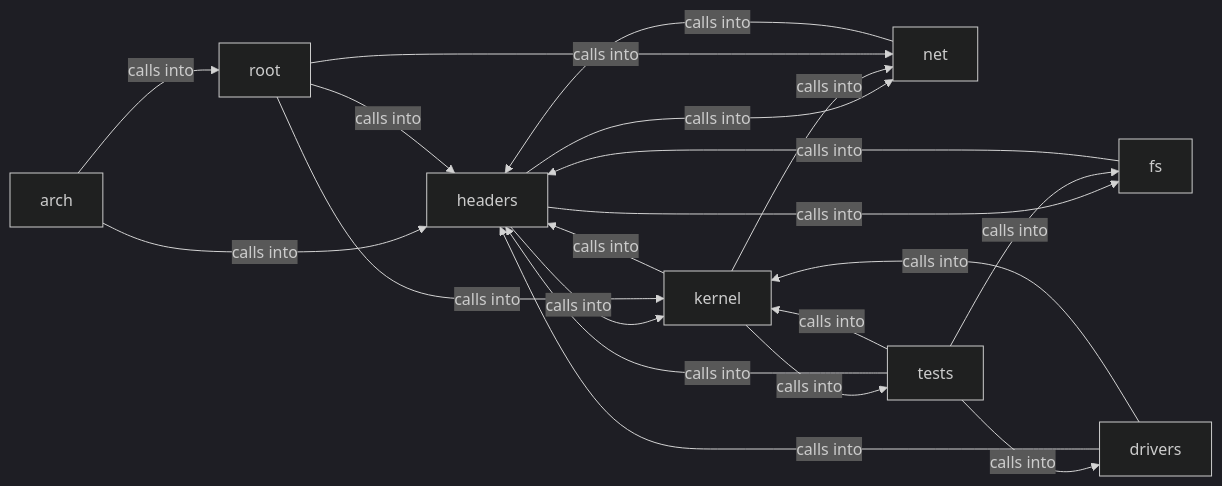
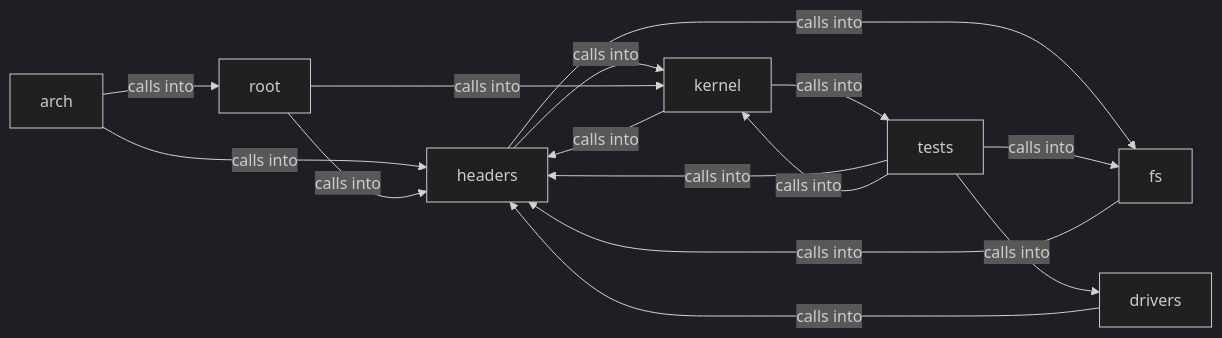
The diagram in readmenator-diagrams/headers_kernel.md (grisuno/miniOS), drawn with Mermaid (dark theme) before and after one commit. The commit also changed other lines of this file and 184 other files, not shown here.

````diff
--- a/readmenator-diagrams/headers_kernel.md
+++ b/readmenator-diagrams/headers_kernel.md
@@ -5,30 +5,24 @@
 ```mermaid
 graph LR
     arch["arch"]
     drivers["drivers"]
     fs["fs"]
     headers["headers"]
     kernel["kernel"]
-    net["net"]
     root["root"]
     tests["tests"]
     arch -- "calls into" --> headers
     arch -- "calls into" --> root
     drivers -- "calls into" --> headers
-    drivers -- "calls into" --> kernel
     fs -- "calls into" --> headers
     headers -- "calls into" --> fs
     headers -- "calls into" --> kernel
-    headers -- "calls into" --> net
     kernel -- "calls into" --> headers
-    kernel -- "calls into" --> net
     kernel -- "calls into" --> tests
-    net -- "calls into" --> headers
     root -- "calls into" --> headers
     root -- "calls into" --> kernel
-    root -- "calls into" --> net
     tests -- "calls into" --> drivers
     tests -- "calls into" --> fs
     tests -- "calls into" --> headers
     tests -- "calls into" --> kernel
 ```
````
